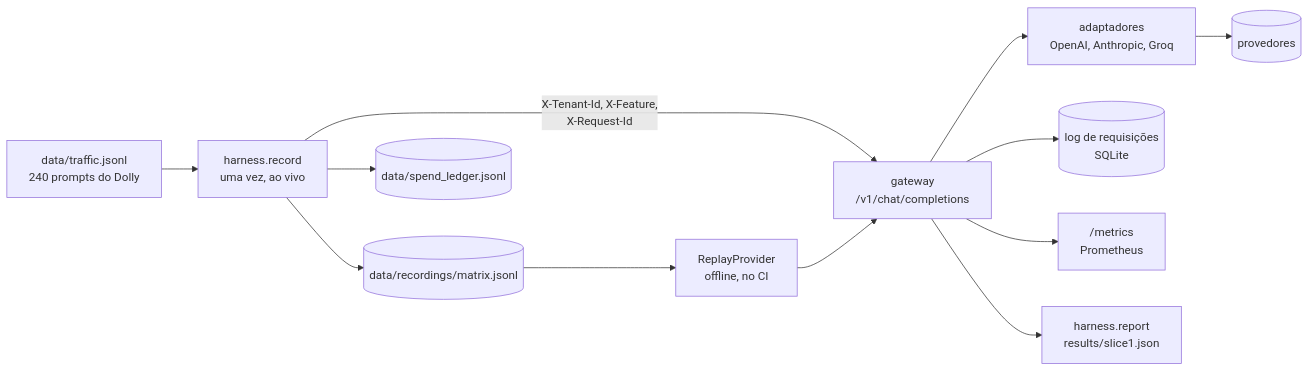
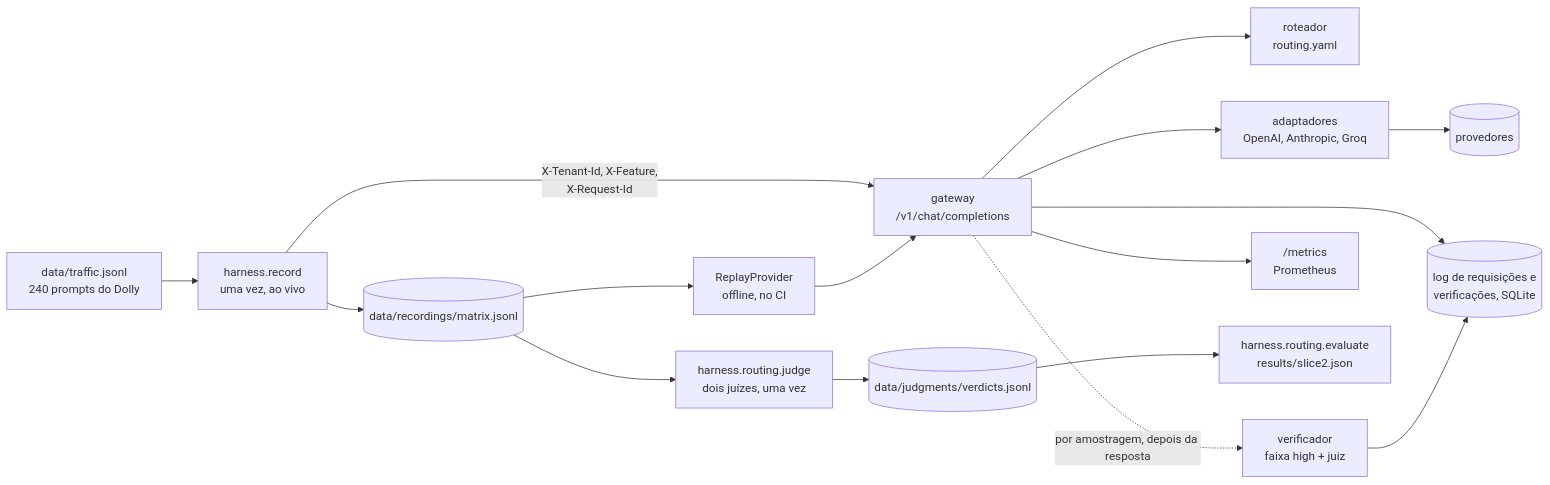
The diagram in README.pt-br.md (yagosamu/llm-gateway), drawn with Mermaid before and after one commit. The commit also changed other lines of this file and 1 other file, not shown here.

First line of the commit message:
docs: report slice 2 in the README

````diff
--- a/README.pt-br.md
+++ b/README.pt-br.md
@@ -42,14 +74,18 @@
 ```mermaid
 flowchart LR
     T["data/traffic.jsonl<br/>240 prompts do Dolly"] --> R["harness.record<br/>uma vez, ao vivo"]
     R -- "X-Tenant-Id, X-Feature,<br/>X-Request-Id" --> G["gateway<br/>/v1/chat/completions"]
+    G --> RT["roteador<br/>routing.yaml"]
     G --> AD["adaptadores<br/>OpenAI, Anthropic, Groq"]
     AD --> P[("provedores")]
-    G --> L[("log de requisições<br/>SQLite")]
+    G --> L[("log de requisições e<br/>verificações, SQLite")]
+    G -. "por amostragem, depois da resposta" .-> V["verificador<br/>faixa high + juiz"]
+    V --> L
     G --> M["/metrics<br/>Prometheus"]
     R --> X[("data/recordings/matrix.jsonl")]
-    R --> B[("data/spend_ledger.jsonl")]
+    X --> J["harness.routing.judge<br/>dois juízes, uma vez"]
+    J --> VD[("data/judgments/verdicts.jsonl")]
     X --> RP["ReplayProvider<br/>offline, no CI"]
     RP --> G
-    G --> REP["harness.report<br/>results/slice1.json"]
+    VD --> EV["harness.routing.evaluate<br/>results/slice2.json"]
 ```
````
